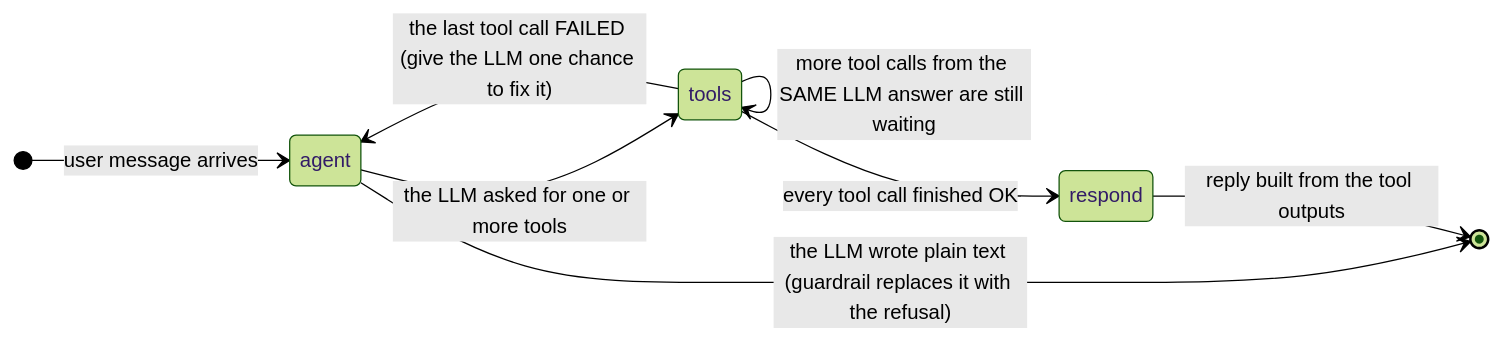
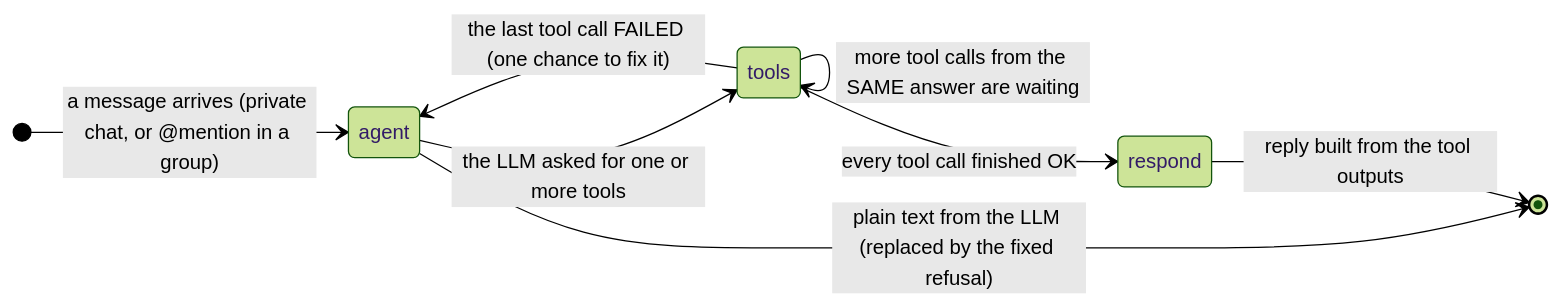
The first of 6 diagrams in docs/STATE_GRAPH.md (yeturu-surya-fission/Expense_Tracker), drawn with Mermaid (forest theme) before and after one commit. The commit also changed other lines of this file and 3 other files, not shown here.

Commit message:
state diagram added

````diff
--- a/docs/STATE_GRAPH.md
+++ b/docs/STATE_GRAPH.md
@@ -20,14 +17,14 @@
 ```mermaid
 stateDiagram-v2
     direction LR
-    [*] --> agent : user message arrives
+    [*] --> agent : a message arrives (private chat, or @mention in a group)
 
     agent --> tools : the LLM asked for one or more tools
-    agent --> [*] : the LLM wrote plain text (guardrail replaces it with the refusal)
+    agent --> [*] : plain text from the LLM (replaced by the fixed refusal)
 
-    tools --> tools : more tool calls from the SAME LLM answer are still waiting
-    tools --> agent : the last tool call FAILED (give the LLM one chance to fix it)
+    tools --> tools : more tool calls from the SAME answer are waiting
+    tools --> agent : the last tool call FAILED (one chance to fix it)
     tools --> respond : every tool call finished OK
 
     respond --> [*] : reply built from the tool outputs
 ```
````
